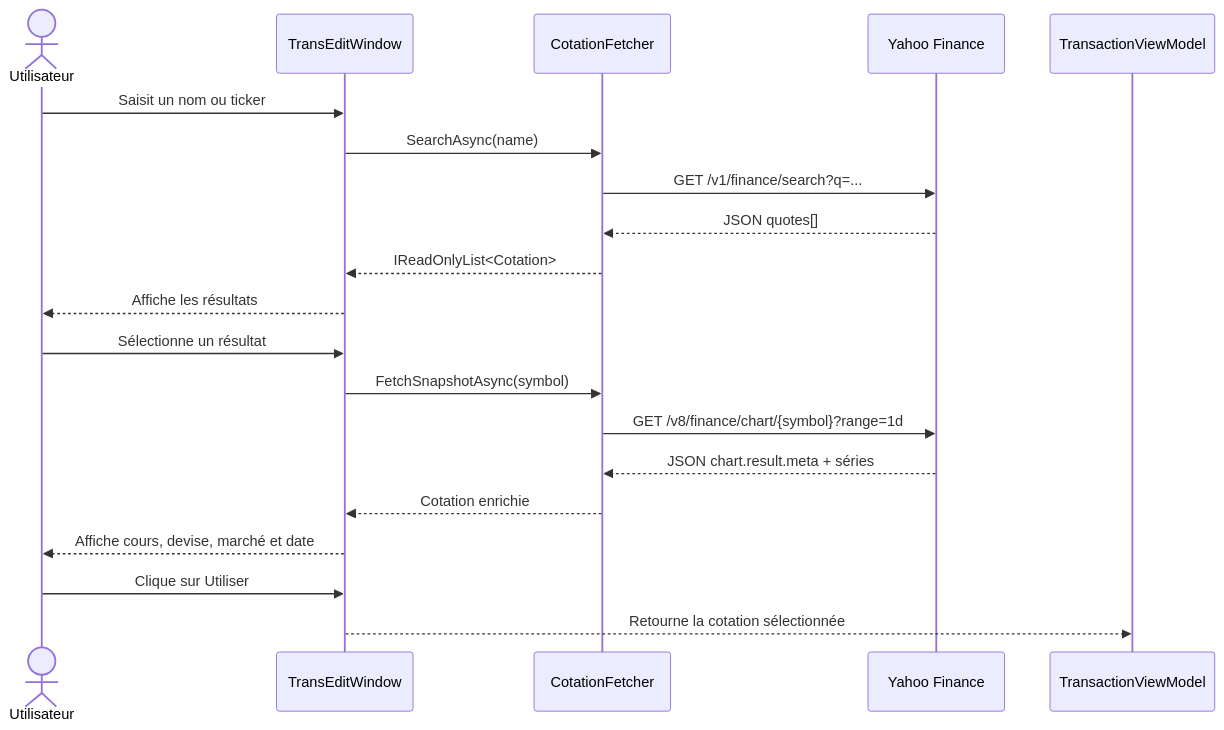
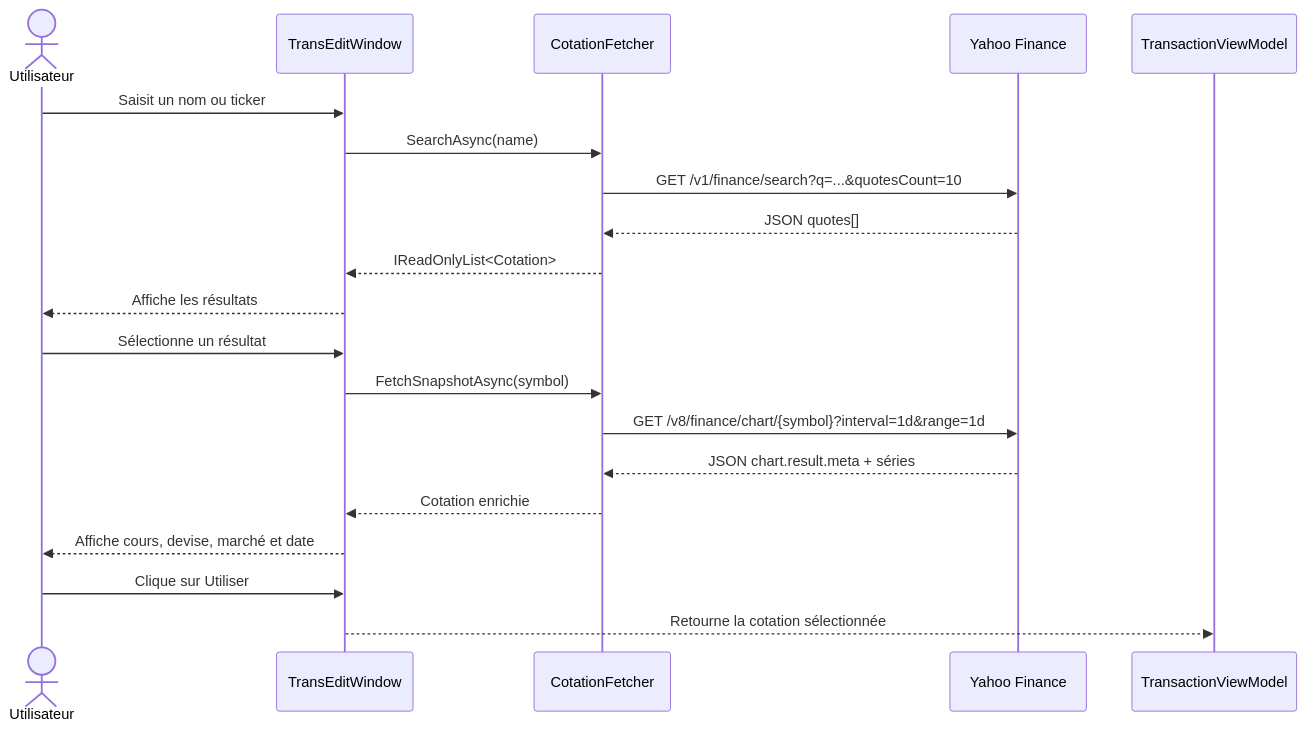
The fourth of 6 diagrams in Developpemnt/SuiviPortefolio/REVERSE_ENGINEERING.md (yves01250/DevAvecGithub), drawn with Mermaid before and after one commit. The commit also changed other lines of this file and 39 other files, not shown here.

````diff
--- a/Developpemnt/SuiviPortefolio/REVERSE_ENGINEERING.md
+++ b/Developpemnt/SuiviPortefolio/REVERSE_ENGINEERING.md
@@ -288,23 +386,23 @@
 ```mermaid
 sequenceDiagram
     actor Utilisateur
     participant Vue as TransEditWindow
     participant Fetcher as CotationFetcher
     participant Yahoo as Yahoo Finance
     participant VM as TransactionViewModel
 
     Utilisateur->>Vue: Saisit un nom ou ticker
     Vue->>Fetcher: SearchAsync(name)
-    Fetcher->>Yahoo: GET /v1/finance/search?q=...
+    Fetcher->>Yahoo: GET /v1/finance/search?q=...&quotesCount=10
     Yahoo-->>Fetcher: JSON quotes[]
     Fetcher-->>Vue: IReadOnlyList<Cotation>
     Vue-->>Utilisateur: Affiche les résultats
     Utilisateur->>Vue: Sélectionne un résultat
     Vue->>Fetcher: FetchSnapshotAsync(symbol)
-    Fetcher->>Yahoo: GET /v8/finance/chart/{symbol}?range=1d
+    Fetcher->>Yahoo: GET /v8/finance/chart/{symbol}?interval=1d&range=1d
     Yahoo-->>Fetcher: JSON chart.result.meta + séries
     Fetcher-->>Vue: Cotation enrichie
     Vue-->>Utilisateur: Affiche cours, devise, marché et date
     Utilisateur->>Vue: Clique sur Utiliser
     Vue-->>VM: Retourne la cotation sélectionnée
 ```
````
